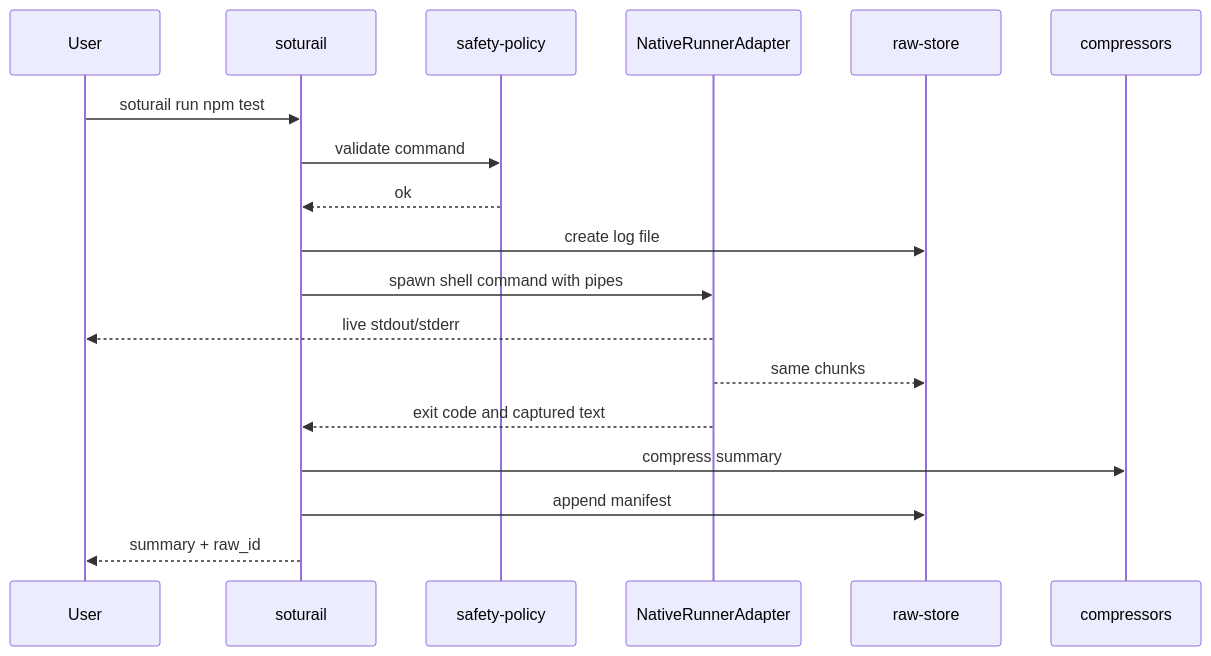
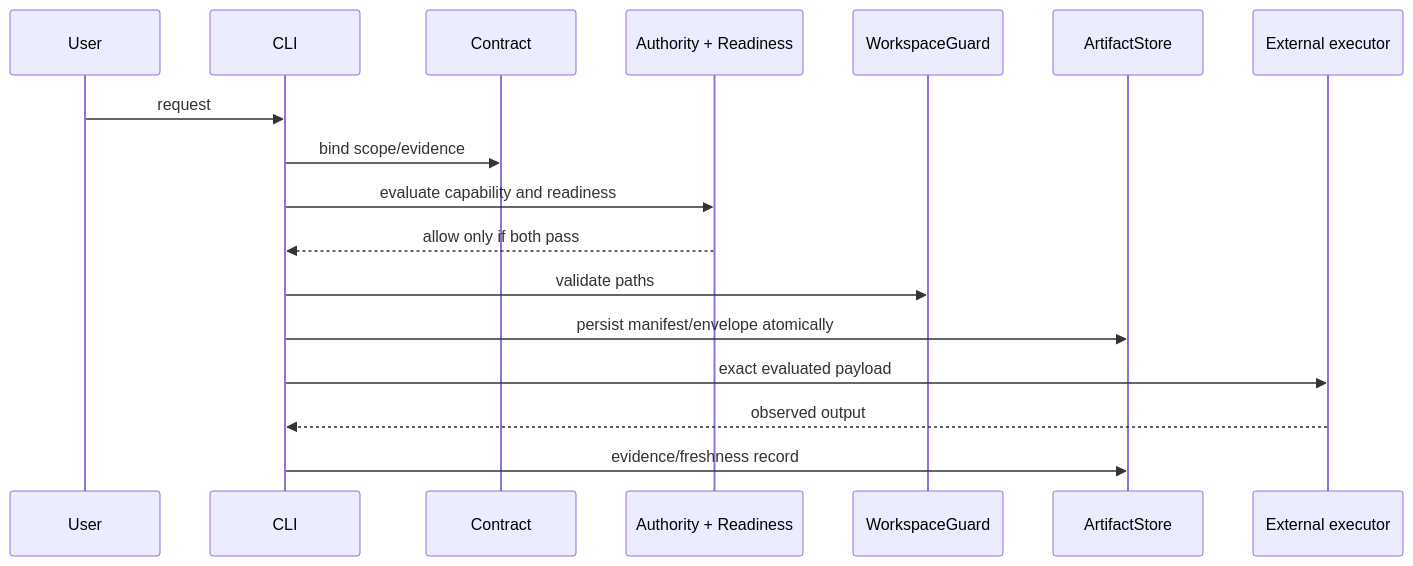
Before and after one commit to Soturine/soturail: the diagram in docs/architecture/architecture.md, drawn with Mermaid. The commit also changed other lines of this file and 22 other files, not shown here.

````diff
--- a/docs/architecture/architecture.md
+++ b/docs/architecture/architecture.md
@@ -20,20 +36,19 @@
 ```mermaid
 sequenceDiagram
   participant User
-  participant CLI as soturail
-  participant Policy as safety-policy
-  participant Runner as NativeRunnerAdapter
-  participant Raw as raw-store
-  participant Reducer as compressors
-  User->>CLI: soturail run npm test
-  CLI->>Policy: validate command
-  Policy-->>CLI: ok
-  CLI->>Raw: create log file
-  CLI->>Runner: spawn shell command with pipes
-  Runner-->>User: live stdout/stderr
-  Runner-->>Raw: same chunks
-  Runner-->>CLI: exit code and captured text
-  CLI->>Reducer: compress summary
-  CLI->>Raw: append manifest
-  CLI-->>User: summary + raw_id
+  participant CLI
+  participant Contract
+  participant Gates as Authority + Readiness
+  participant Guard as WorkspaceGuard
+  participant Store as ArtifactStore
+  participant Exec as External executor
+  User->>CLI: request
+  CLI->>Contract: bind scope/evidence
+  CLI->>Gates: evaluate capability and readiness
+  Gates-->>CLI: allow only if both pass
+  CLI->>Guard: validate paths
+  CLI->>Store: persist manifest/envelope atomically
+  CLI->>Exec: exact evaluated payload
+  Exec-->>CLI: observed output
+  CLI->>Store: evidence/freshness record
 ```
````
